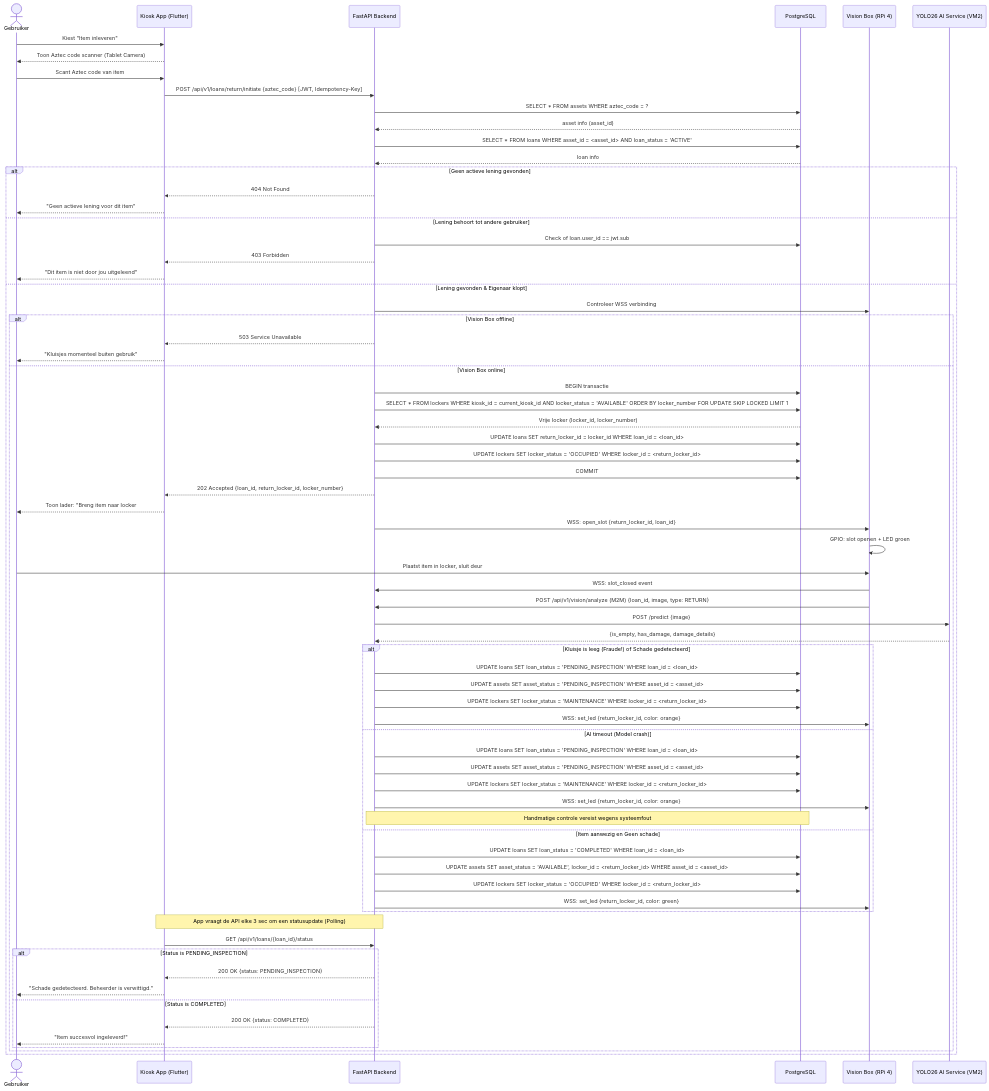
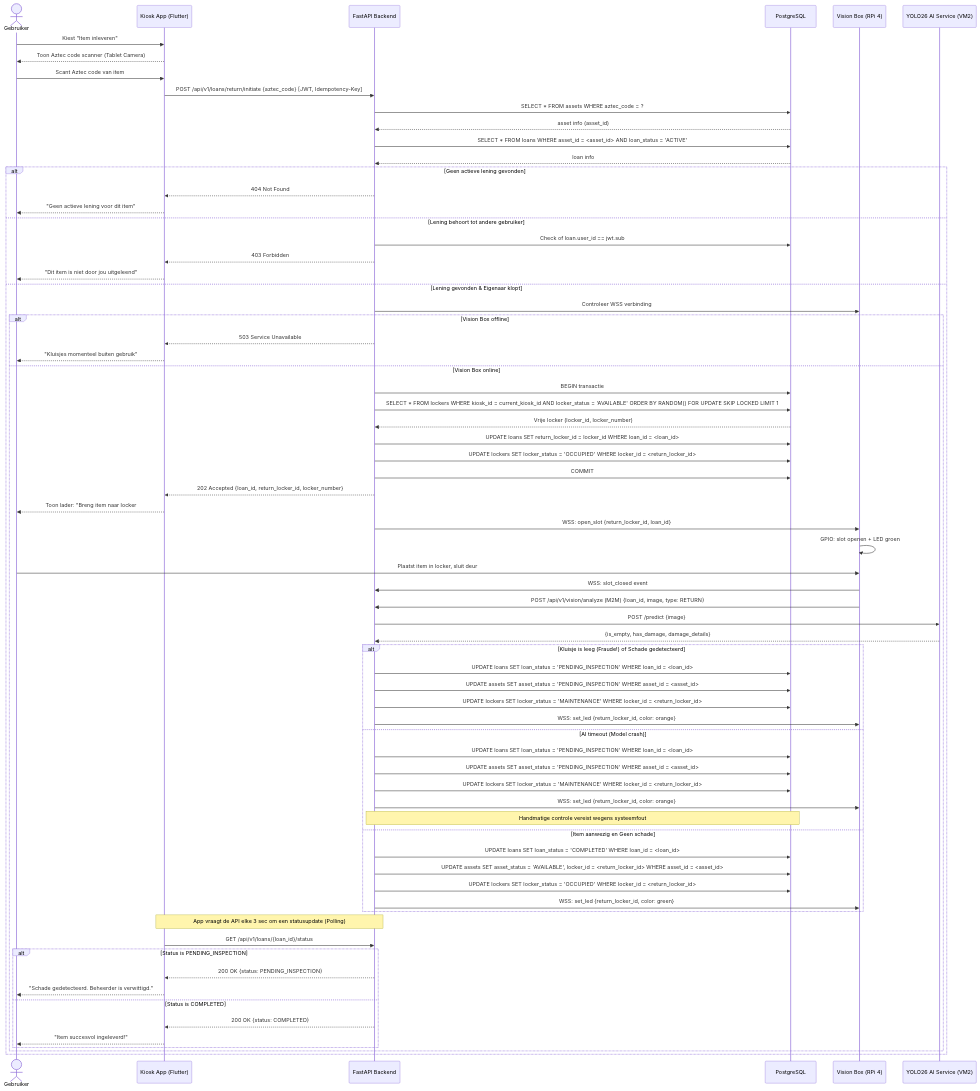
The diagram in docs/diagrams/sequence_return.mmd (easylend-practice-enterprise/easylend), drawn with Mermaid before and after one commit.

Commit message:
Update sequence diagram to randomize locker selection during item return

```diff
--- a/docs/diagrams/sequence_return.mmd
+++ b/docs/diagrams/sequence_return.mmd
@@ -1,78 +1,78 @@
 sequenceDiagram
     actor User as Gebruiker
     participant App as Kiosk App (Flutter)
     participant API as FastAPI Backend
     participant DB as PostgreSQL
     participant VB as Vision Box (RPi 4)
     participant AI as YOLO26 AI Service (VM2)
 
     User->>App: Kiest "Item inleveren"
     App-->>User: Toon Aztec code scanner (Tablet Camera)
     User->>App: Scant Aztec code van item
     App->>API: POST /api/v1/loans/return/initiate {aztec_code} [JWT, Idempotency-Key]
     API->>DB: SELECT * FROM assets WHERE aztec_code = ?
     DB-->>API: asset info (asset_id)
     API->>DB: SELECT * FROM loans WHERE asset_id = <asset_id> AND loan_status = 'ACTIVE'
     DB-->>API: loan info
 
     alt Geen actieve lening gevonden
         API-->>App: 404 Not Found
         App-->>User: "Geen actieve lening voor dit item"
     else Lening behoort tot andere gebruiker
         API->>DB: Check of loan.user_id == jwt.sub
         API-->>App: 403 Forbidden
         App-->>User: "Dit item is niet door jou uitgeleend"
     else Lening gevonden & Eigenaar klopt
         API->>VB: Controleer WSS verbinding
         alt Vision Box offline
             API-->>App: 503 Service Unavailable
             App-->>User: "Kluisjes momenteel buiten gebruik"
         else Vision Box online
             API->>DB: BEGIN transactie
-            API->>DB: SELECT * FROM lockers WHERE kiosk_id = current_kiosk_id AND locker_status = 'AVAILABLE' ORDER BY locker_number FOR UPDATE SKIP LOCKED LIMIT 1
+            API->>DB: SELECT * FROM lockers WHERE kiosk_id = current_kiosk_id AND locker_status = 'AVAILABLE' ORDER BY RANDOM() FOR UPDATE SKIP LOCKED LIMIT 1
             DB-->>API: Vrije locker (locker_id, locker_number)
             API->>DB: UPDATE loans SET return_locker_id = locker_id WHERE loan_id = <loan_id>
             API->>DB: UPDATE lockers SET locker_status = 'OCCUPIED' WHERE locker_id = <return_locker_id>
             API->>DB: COMMIT
             API-->>App: 202 Accepted {loan_id, return_locker_id, locker_number}
             App-->>User: Toon lader: "Breng item naar locker #N"
 
             API->>VB: WSS: open_slot {return_locker_id, loan_id}
             VB->>VB: GPIO: slot openen + LED groen
             User->>VB: Plaatst item in locker, sluit deur
             VB->>API: WSS: slot_closed event
 
             VB->>API: POST /api/v1/vision/analyze (M2M) {loan_id, image, type: RETURN}
             API->>AI: POST /predict {image}
             AI-->>API: {is_empty, has_damage, damage_details}
 
             alt Kluisje is leeg (Fraude!) of Schade gedetecteerd
                 API->>DB: UPDATE loans SET loan_status = 'PENDING_INSPECTION' WHERE loan_id = <loan_id>
                 API->>DB: UPDATE assets SET asset_status = 'PENDING_INSPECTION' WHERE asset_id = <asset_id>
                 API->>DB: UPDATE lockers SET locker_status = 'MAINTENANCE' WHERE locker_id = <return_locker_id>
                 API->>VB: WSS: set_led {return_locker_id, color: orange}
             else AI timeout (Model crash)
                 API->>DB: UPDATE loans SET loan_status = 'PENDING_INSPECTION' WHERE loan_id = <loan_id>
                 API->>DB: UPDATE assets SET asset_status = 'PENDING_INSPECTION' WHERE asset_id = <asset_id>
                 API->>DB: UPDATE lockers SET locker_status = 'MAINTENANCE' WHERE locker_id = <return_locker_id>
                 API->>VB: WSS: set_led {return_locker_id, color: orange}
                 Note over API,DB: Handmatige controle vereist wegens systeemfout
             else Item aanwezig en Geen schade
                 API->>DB: UPDATE loans SET loan_status = 'COMPLETED' WHERE loan_id = <loan_id>
                 API->>DB: UPDATE assets SET asset_status = 'AVAILABLE', locker_id = <return_locker_id> WHERE asset_id = <asset_id>
                 API->>DB: UPDATE lockers SET locker_status = 'OCCUPIED' WHERE locker_id = <return_locker_id>
                 API->>VB: WSS: set_led {return_locker_id, color: green}
             end
 
             Note over App,API: App vraagt de API elke 3 sec om een statusupdate (Polling)
             App->>API: GET /api/v1/loans/{loan_id}/status
             
             alt Status is PENDING_INSPECTION
                 API-->>App: 200 OK {status: PENDING_INSPECTION}
                 App-->>User: "Schade gedetecteerd. Beheerder is verwittigd."
             else Status is COMPLETED
                 API-->>App: 200 OK {status: COMPLETED}
                 App-->>User: "Item succesvol ingeleverd!"
             end
         end
     end
```
